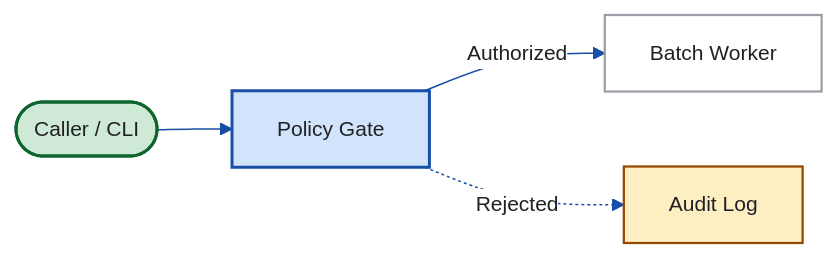
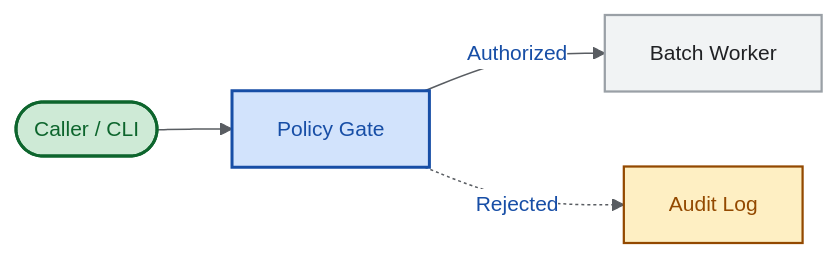
Before and after one commit to fmind/dot: the diagram in skills/draft-doc/references/dialect.md, drawn with Mermaid. The commit also changed other lines of this file and 7 other files, not shown here.

````diff
--- a/skills/draft-doc/references/dialect.md
+++ b/skills/draft-doc/references/dialect.md
@@ -47,30 +74,34 @@
 ```mermaid
-%%{init: {
-  "theme": "base",
-  "themeVariables": {
-    "background": "#FFFFFF",
-    "primaryColor": "#D2E3FC",
-    "primaryTextColor": "#202124",
-    "primaryBorderColor": "#174EA6",
-    "lineColor": "#174EA6",
-    "secondaryColor": "#F1F3F4",
-    "tertiaryColor": "#FFFFFF",
-    "clusterBkg": "#F1F3F4",
-    "clusterBorder": "#9AA0A6",
-    "edgeLabelBackground": "#FFFFFF",
-    "fontFamily": "Google Sans, Inter, Arial, sans-serif",
-    "fontSize": "14px"
-  }
-}}%%
+---
+config:
+  layout: dagre
+  theme: base
+  themeVariables:
+    background: "#FFFFFF"
+    mainBkg: "#F1F3F4"
+    nodeBorder: "#9AA0A6"
+    clusterBkg: "#FFFFFF"
+    clusterBorder: "#9AA0A6"
+    lineColor: "#595D62"
+    textColor: "#202124"
+    primaryColor: "#D2E3FC"
+    primaryTextColor: "#174EA6"
+    primaryBorderColor: "#174EA6"
+    secondaryColor: "#F1F3F4"
+    tertiaryColor: "#FFFFFF"
+    edgeLabelBackground: "#FFFFFF"
+    fontFamily: "Google Sans, Inter, Arial, sans-serif"
+    fontSize: "14px"
+---
 %% alt: Request validation flow from caller through policy gate to worker
 flowchart LR
-  Caller(["Caller / CLI"]):::actor --> Gate["Policy Gate"]:::container
-  Gate -->|Authorized| Worker["Batch Worker"]:::component
+  Caller(["Caller / CLI"]):::actor --> Gate["Policy Gate"]:::primary
+  Gate -->|Authorized| Worker["Batch Worker"]:::muted
   Gate -.->|Rejected| Audit["Audit Log"]:::warning
 
-  classDef container fill:#D2E3FC,stroke:#174EA6,stroke-width:2px,color:#202124
-  classDef component fill:#FFFFFF,stroke:#9AA0A6,stroke-width:1.5px,color:#202124
-  classDef actor fill:#CEEAD6,stroke:#0D652D,stroke-width:2px,color:#202124
-  classDef warning fill:#FEEFC3,stroke:#934900,stroke-width:1.5px,color:#202124
-  classDef error fill:#FAD2CF,stroke:#A50E0E,stroke-width:1.5px,color:#202124
+  classDef primary fill:#D2E3FC,stroke:#174EA6,color:#174EA6,stroke-width:2px
+  classDef muted fill:#F1F3F4,stroke:#9AA0A6,color:#202124,stroke-width:1.5px
+  classDef actor fill:#CEEAD6,stroke:#0D652D,color:#0D652D,stroke-width:2px
+  classDef warning fill:#FEEFC3,stroke:#934900,color:#934900,stroke-width:1.5px
+  classDef danger fill:#FAD2CF,stroke:#A50E0E,color:#A50E0E,stroke-width:1.5px
 ```
````
